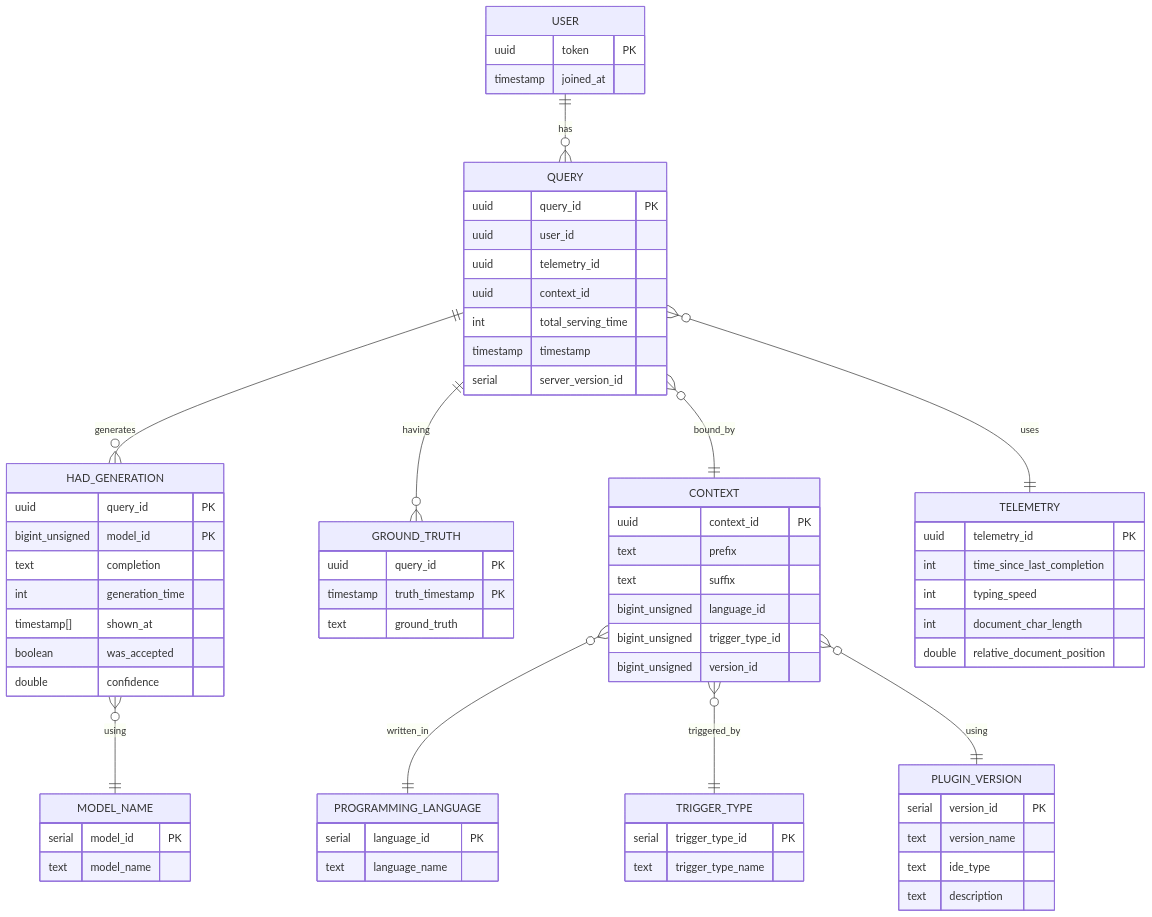
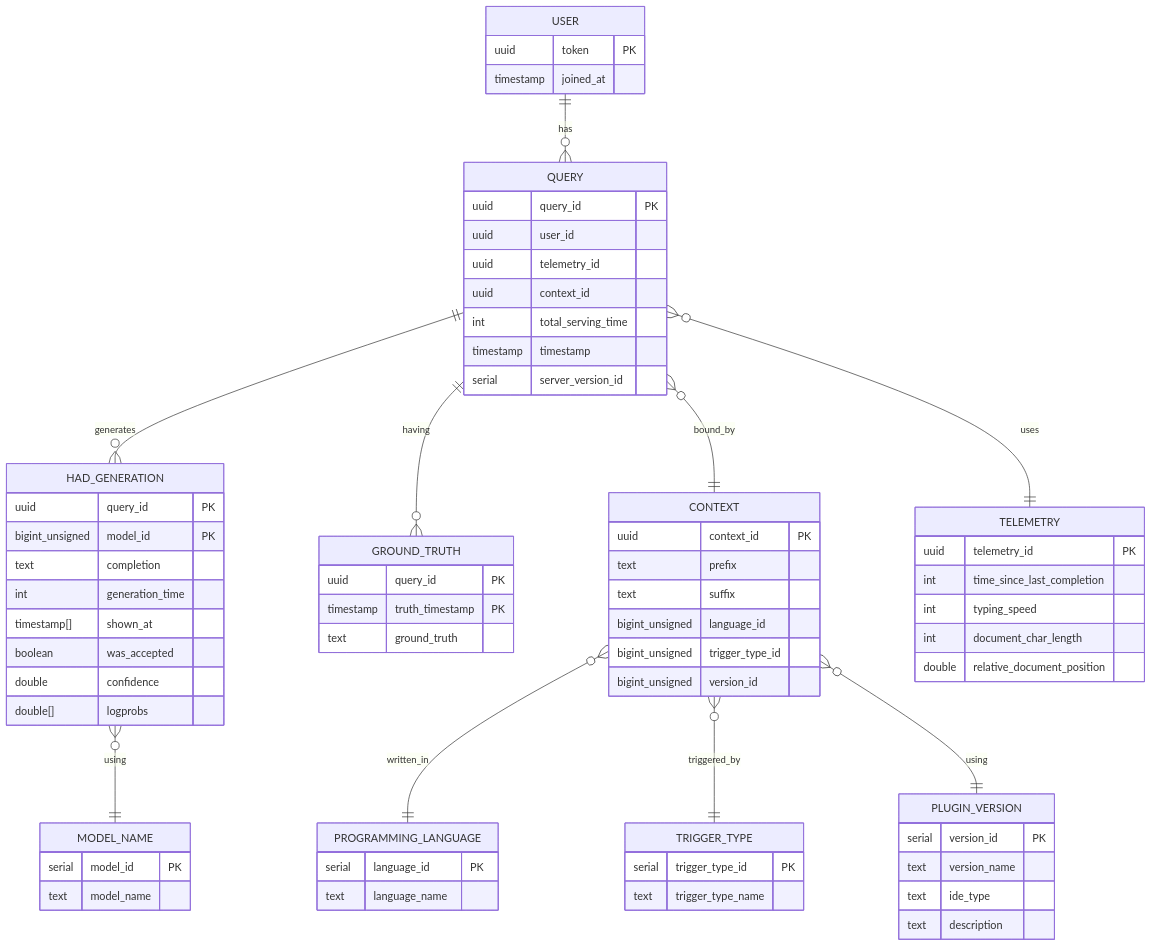
Before and after one commit to AISE-TUDelft/coco: the diagram in server/database/readme.md, drawn with Mermaid. The commit also changed other lines of this file and 8 other files, not shown here.

```diff
--- a/server/database/readme.md
+++ b/server/database/readme.md
@@ -49,6 +49,7 @@
         timestamp[] shown_at
         boolean was_accepted
         double confidence
+        double[] logprobs
     }
     
     GROUND_TRUTH {
```
